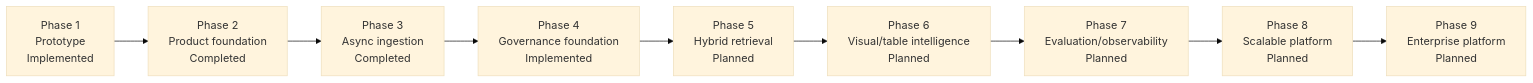
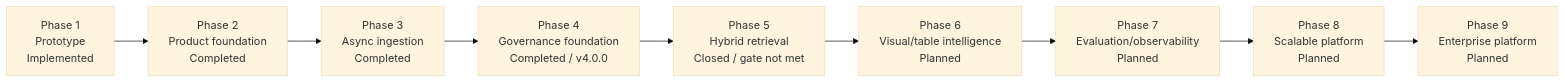
One commit to mvyas412/ai-projects changed the second of 11 diagrams in mm-rag-full-stack-genai-bootcamp-3.0/docs/architecture/ARCHITECTURE.md. Above: the diagram before and after it, drawn with Mermaid (base theme). The commit also changed other lines of this file and 80 other files, not shown here.

First line of the commit message:
feat(mm-rag): implement and close Phase 5 hybrid retrieval (#5)

````diff
--- a/mm-rag-full-stack-genai-bootcamp-3.0/docs/architecture/ARCHITECTURE.md
+++ b/mm-rag-full-stack-genai-bootcamp-3.0/docs/architecture/ARCHITECTURE.md
@@ -164,12 +170,12 @@
 ```mermaid
 flowchart LR
     p1["Phase 1<br/>Prototype<br/>Implemented"] -->
     p2["Phase 2<br/>Product foundation<br/>Completed"] -->
     p3["Phase 3<br/>Async ingestion<br/>Completed"] -->
-    p4["Phase 4<br/>Governance foundation<br/>Implemented"] -->
-    p5["Phase 5<br/>Hybrid retrieval<br/>Planned"] -->
+    p4["Phase 4<br/>Governance foundation<br/>Completed / v4.0.0"] -->
+    p5["Phase 5<br/>Hybrid retrieval<br/>Closed / gate not met"] -->
     p6["Phase 6<br/>Visual/table intelligence<br/>Planned"] -->
     p7["Phase 7<br/>Evaluation/observability<br/>Planned"] -->
     p8["Phase 8<br/>Scalable platform<br/>Planned"] -->
     p9["Phase 9<br/>Enterprise platform<br/>Planned"]
 ```
````
